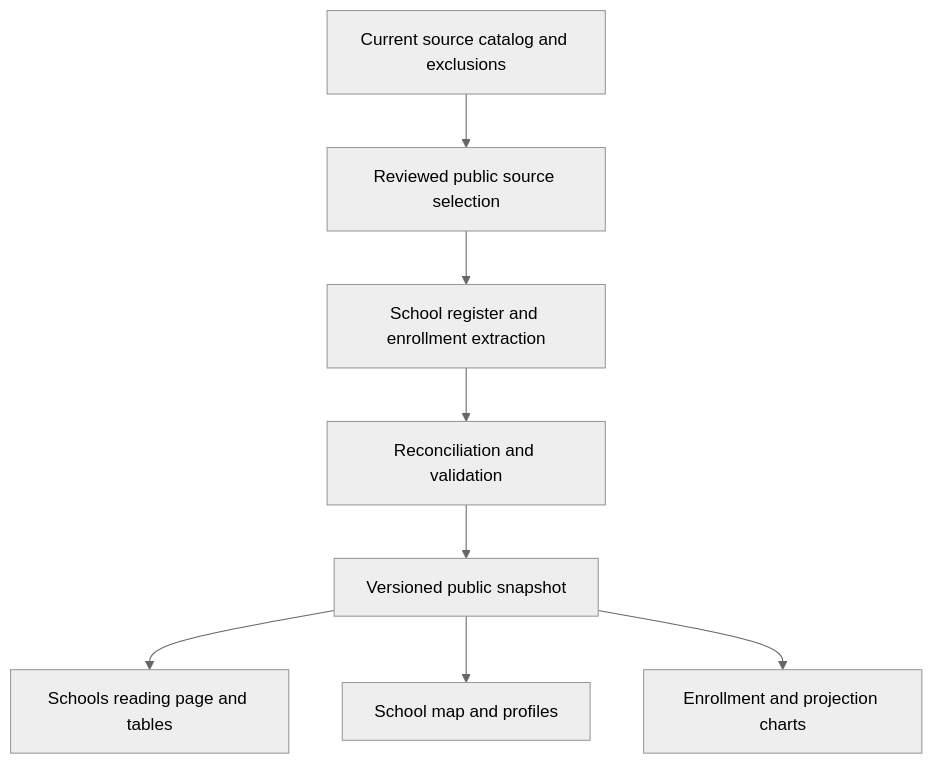
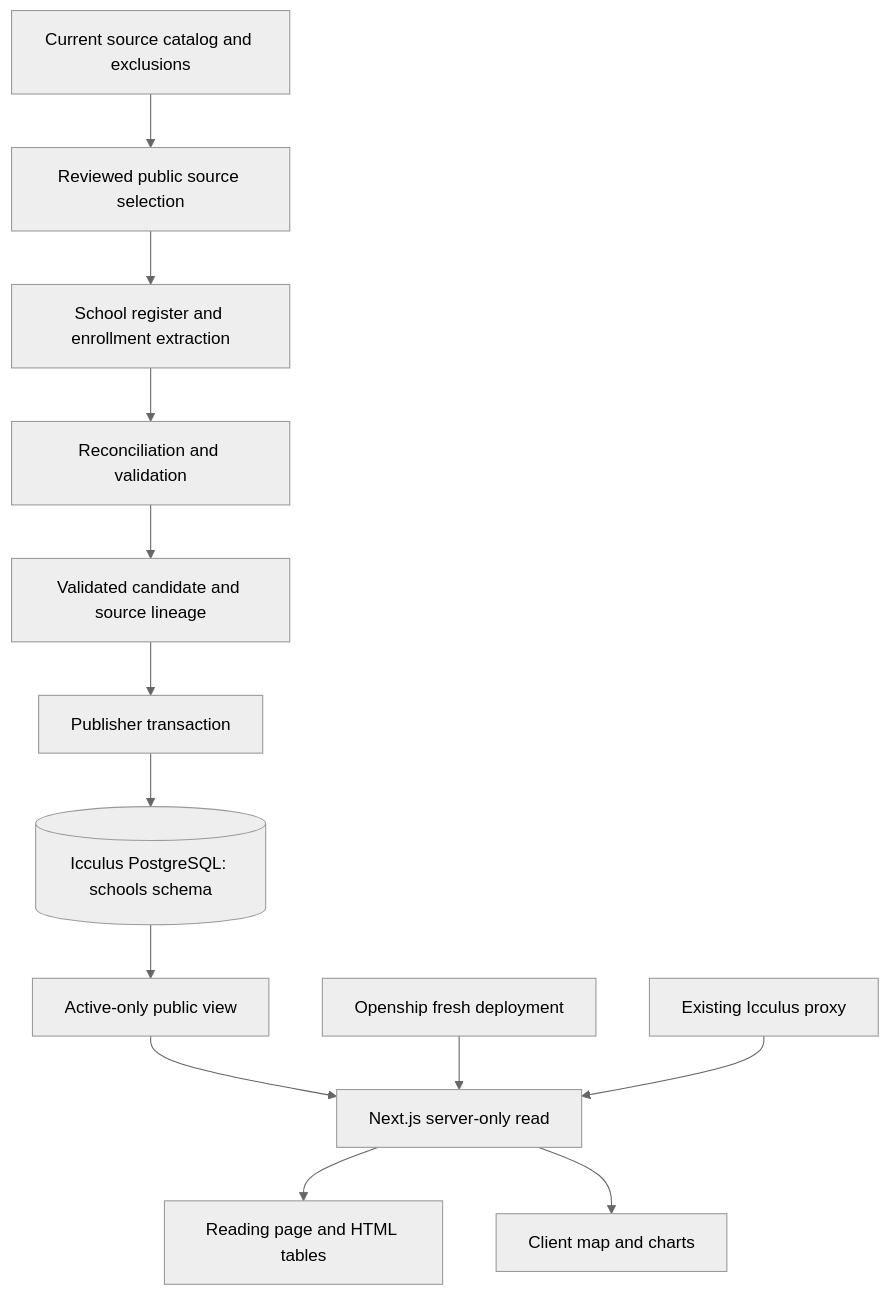
Before and after one commit to Starling-Strategy/open-valley: the diagram in docs/plans/2026-10-04-0006-feat-huusd-schools-mvp-plan.md, drawn with Mermaid (neutral theme). The commit also changed other lines of this file and 4 other files, not shown here.

First line of the commit message:
docs: integrate school MVP design and Icculus delivery

````diff
--- a/docs/plans/2026-10-04-0006-feat-huusd-schools-mvp-plan.md
+++ b/docs/plans/2026-10-04-0006-feat-huusd-schools-mvp-plan.md
@@ -195,10 +233,15 @@
 ```mermaid
 flowchart TB
   A[Current source catalog and exclusions] --> B[Reviewed public source selection]
   B --> C[School register and enrollment extraction]
   C --> D[Reconciliation and validation]
-  D --> E[Versioned public snapshot]
-  E --> F[Schools reading page and tables]
-  E --> G[School map and profiles]
-  E --> H[Enrollment and projection charts]
+  D --> E[Validated candidate and source lineage]
+  E --> P[Publisher transaction]
+  P --> DB[(Icculus PostgreSQL: schools schema)]
+  DB --> V[Active-only public view]
+  V --> N[Next.js server-only read]
+  N --> F[Reading page and HTML tables]
+  N --> G[Client map and charts]
+  O[Openship fresh deployment] --> N
+  T[Existing Icculus proxy] --> N
 ```
````
